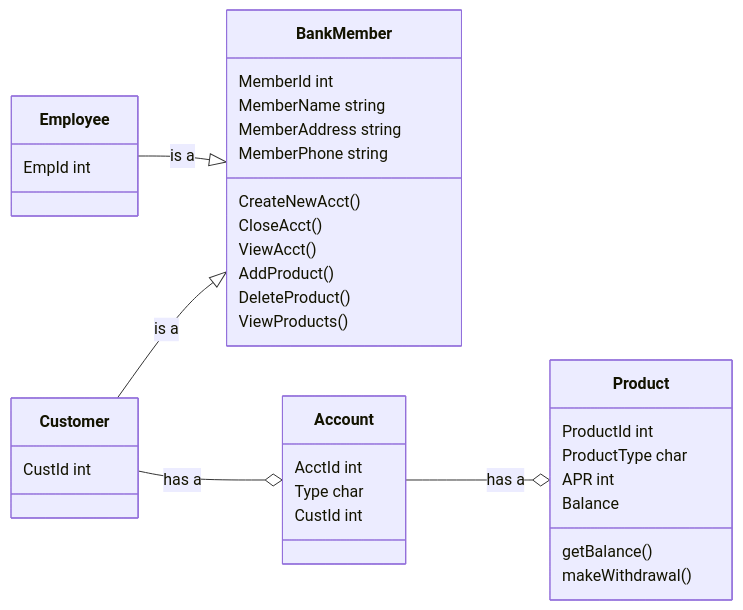
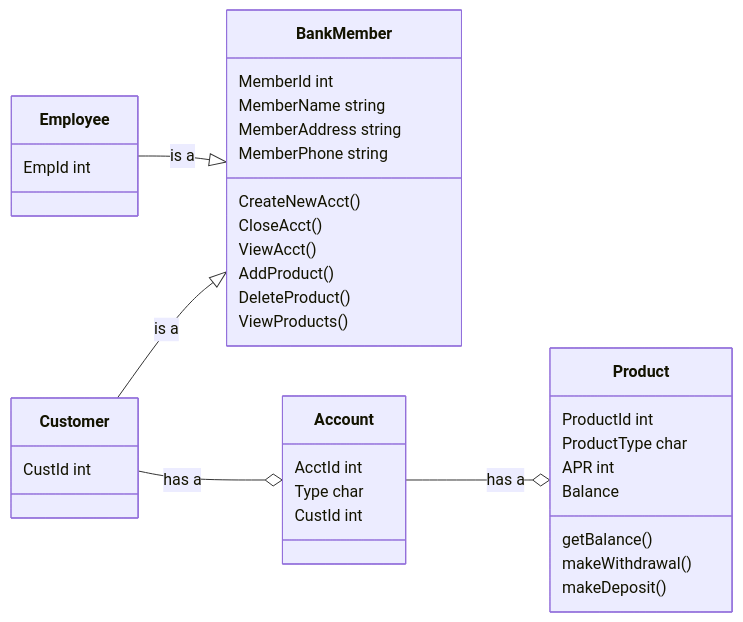
The diagram in mermaid.md (Marcus-Snell/Test), drawn with Mermaid before and after one commit.

````diff
--- a/mermaid.md
+++ b/mermaid.md
@@ -1,36 +1,36 @@
 ```mermaid
 classDiagram
 direction LR
 BankMember
 BankMember : MemberId int
 BankMember : MemberName string
 BankMember : MemberAddress string
 BankMember : MemberPhone string
 BankMember : CreateNewAcct()
 BankMember: CloseAcct()
 BankMember : ViewAcct()
 BankMember : AddProduct()
 BankMember : DeleteProduct()
 BankMember : ViewProducts()
 
 Employee --|> BankMember : is a
 Employee : EmpId int
 
 Customer --|> BankMember : is a
 Customer --o Account : has a
 Customer : CustId int
 
 Account --o Product : has a
 Account : AcctId int
 Account : Type char
 Account : CustId int
 
 Product : ProductId int
 Product : ProductType char
 Product : APR int
 Product : Balance
 Product : getBalance()
 Product : makeWithdrawal()
-
+Product : makeDeposit()
 
 ```
````
